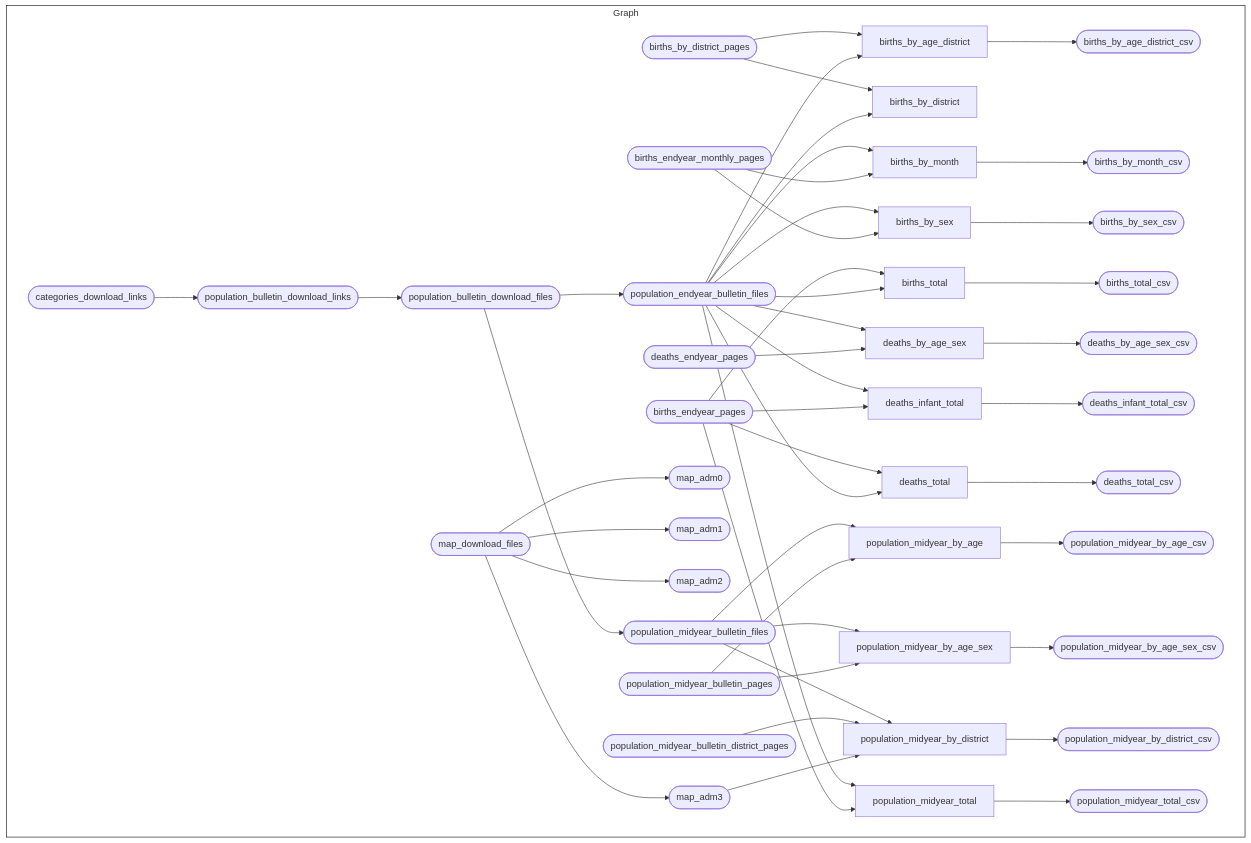
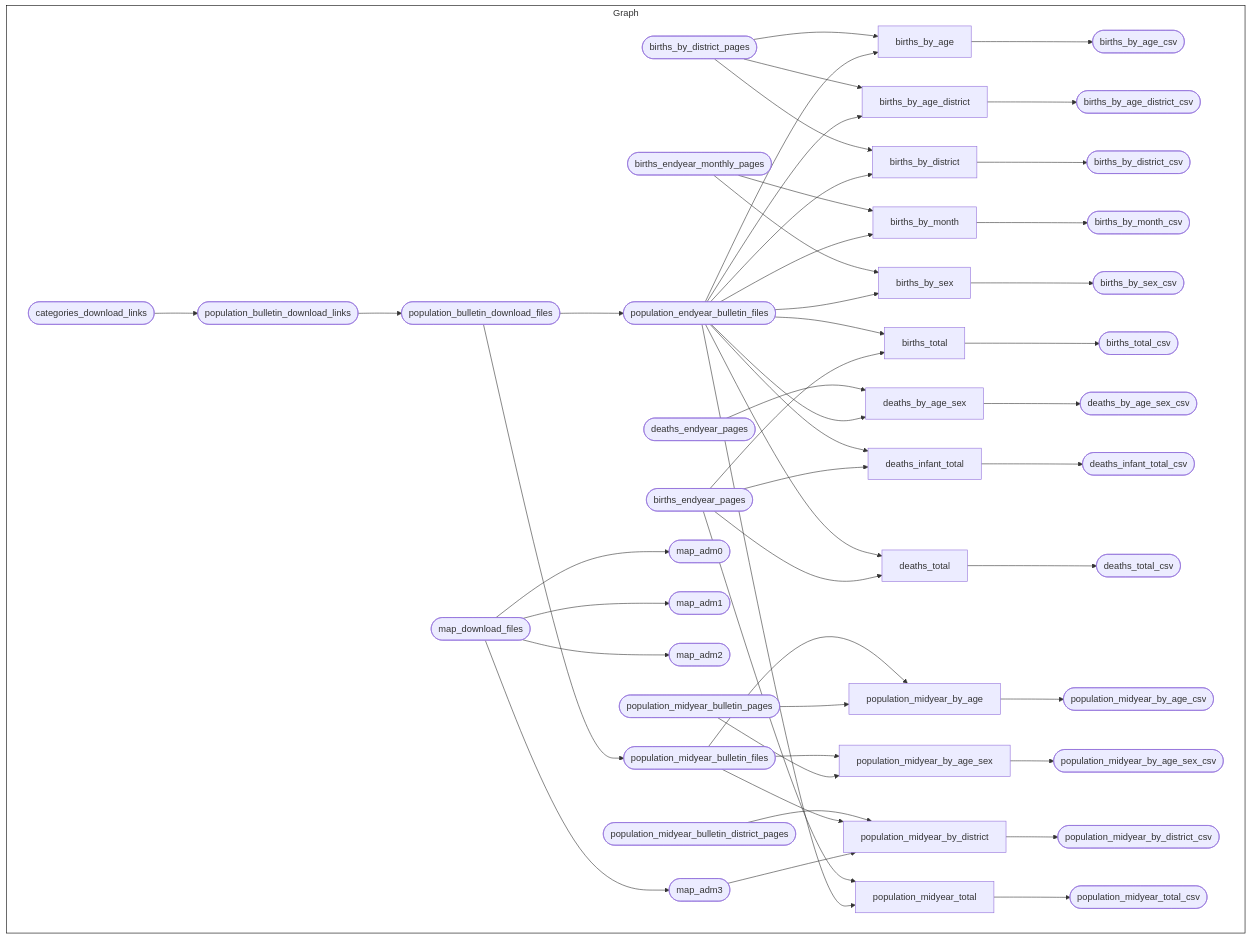
Before and after one commit to OxfordIHTM/seychelles-statistics: the diagram in README.md, drawn with Mermaid. The commit also changed 4 other files, not shown here.

Commit message:
create targets/outputs for births by age; fix #63

````diff
--- a/README.md
+++ b/README.md
@@ -205,52 +205,56 @@
 ``` mermaid
 graph LR
   style Graph fill:#FFFFFF00,stroke:#000000;
   subgraph Graph
     direction LR
-    x39c53f3806f354bf(["births_by_district_pages"]):::skipped --> x4094d4f6d0f8f35a["births_by_age_district"]:::completed
-    xeea0ec396e5de5da(["population_endyear_bulletin_files"]):::skipped --> x4094d4f6d0f8f35a["births_by_age_district"]:::completed
-    x4094d4f6d0f8f35a["births_by_age_district"]:::completed --> x11faadcda3280dc2(["births_by_age_district_csv"]):::skipped
-    x39c53f3806f354bf(["births_by_district_pages"]):::skipped --> x0c2c53d9eeb365ed["births_by_district"]:::completed
-    xeea0ec396e5de5da(["population_endyear_bulletin_files"]):::skipped --> x0c2c53d9eeb365ed["births_by_district"]:::completed
+    x39c53f3806f354bf(["births_by_district_pages"]):::skipped --> xb5d471b223f71093["births_by_age"]:::skipped
+    xeea0ec396e5de5da(["population_endyear_bulletin_files"]):::skipped --> xb5d471b223f71093["births_by_age"]:::skipped
+    xb5d471b223f71093["births_by_age"]:::skipped --> xbbabd51f8df64492(["births_by_age_csv"]):::completed
+    x39c53f3806f354bf(["births_by_district_pages"]):::skipped --> x4094d4f6d0f8f35a["births_by_age_district"]:::skipped
+    xeea0ec396e5de5da(["population_endyear_bulletin_files"]):::skipped --> x4094d4f6d0f8f35a["births_by_age_district"]:::skipped
+    x4094d4f6d0f8f35a["births_by_age_district"]:::skipped --> x11faadcda3280dc2(["births_by_age_district_csv"]):::skipped
+    x39c53f3806f354bf(["births_by_district_pages"]):::skipped --> x0c2c53d9eeb365ed["births_by_district"]:::skipped
+    xeea0ec396e5de5da(["population_endyear_bulletin_files"]):::skipped --> x0c2c53d9eeb365ed["births_by_district"]:::skipped
+    x0c2c53d9eeb365ed["births_by_district"]:::skipped --> x45f5b18e27a4d0fe(["births_by_district_csv"]):::completed
+    x5c7646da106bc2f6(["births_endyear_monthly_pages"]):::skipped --> x2c584c9caafc1be8["births_by_month"]:::skipped
     xeea0ec396e5de5da(["population_endyear_bulletin_files"]):::skipped --> x2c584c9caafc1be8["births_by_month"]:::skipped
-    x5c7646da106bc2f6(["births_endyear_monthly_pages"]):::skipped --> x2c584c9caafc1be8["births_by_month"]:::skipped
     x2c584c9caafc1be8["births_by_month"]:::skipped --> xa87bb9563f27e00c(["births_by_month_csv"]):::skipped
+    x5c7646da106bc2f6(["births_endyear_monthly_pages"]):::skipped --> x1e485a7f2384826f["births_by_sex"]:::skipped
     xeea0ec396e5de5da(["population_endyear_bulletin_files"]):::skipped --> x1e485a7f2384826f["births_by_sex"]:::skipped
-    x5c7646da106bc2f6(["births_endyear_monthly_pages"]):::skipped --> x1e485a7f2384826f["births_by_sex"]:::skipped
     x1e485a7f2384826f["births_by_sex"]:::skipped --> xa6b75ce42a7aa79e(["births_by_sex_csv"]):::skipped
+    xeea0ec396e5de5da(["population_endyear_bulletin_files"]):::skipped --> x2f4500c2756065a9["births_total"]:::skipped
     xe648a7801cd2da2c(["births_endyear_pages"]):::skipped --> x2f4500c2756065a9["births_total"]:::skipped
-    xeea0ec396e5de5da(["population_endyear_bulletin_files"]):::skipped --> x2f4500c2756065a9["births_total"]:::skipped
     x2f4500c2756065a9["births_total"]:::skipped --> xd95928afea598d8e(["births_total_csv"]):::skipped
+    x344a2780ffaeb7bd(["deaths_endyear_pages"]):::skipped --> xae333981c466810a["deaths_by_age_sex"]:::skipped
     xeea0ec396e5de5da(["population_endyear_bulletin_files"]):::skipped --> xae333981c466810a["deaths_by_age_sex"]:::skipped
-    x344a2780ffaeb7bd(["deaths_endyear_pages"]):::skipped --> xae333981c466810a["deaths_by_age_sex"]:::skipped
     xae333981c466810a["deaths_by_age_sex"]:::skipped --> xaf8165dda7ea936b(["deaths_by_age_sex_csv"]):::skipped
     xeea0ec396e5de5da(["population_endyear_bulletin_files"]):::skipped --> x1d5c00f1e4e41ab7["deaths_infant_total"]:::skipped
     xe648a7801cd2da2c(["births_endyear_pages"]):::skipped --> x1d5c00f1e4e41ab7["deaths_infant_total"]:::skipped
     x1d5c00f1e4e41ab7["deaths_infant_total"]:::skipped --> x548dbfa0844427dc(["deaths_infant_total_csv"]):::skipped
+    xeea0ec396e5de5da(["population_endyear_bulletin_files"]):::skipped --> xfd0ff0d9529d4bbd["deaths_total"]:::skipped
     xe648a7801cd2da2c(["births_endyear_pages"]):::skipped --> xfd0ff0d9529d4bbd["deaths_total"]:::skipped
-    xeea0ec396e5de5da(["population_endyear_bulletin_files"]):::skipped --> xfd0ff0d9529d4bbd["deaths_total"]:::skipped
     xfd0ff0d9529d4bbd["deaths_total"]:::skipped --> xe42488d3267f69ff(["deaths_total_csv"]):::skipped
     x8e509dc7997a12f8(["map_download_files"]):::skipped --> x4851b2941f7c62fc(["map_adm0"]):::skipped
     x8e509dc7997a12f8(["map_download_files"]):::skipped --> xccb26dd891c9a035(["map_adm1"]):::skipped
     x8e509dc7997a12f8(["map_download_files"]):::skipped --> x30d02f8bff8e7f8d(["map_adm2"]):::skipped
     x8e509dc7997a12f8(["map_download_files"]):::skipped --> x7b26bed1fc581742(["map_adm3"]):::skipped
     x90a781ac8daf46c6(["population_bulletin_download_links"]):::skipped --> x303dcb35f327bc97(["population_bulletin_download_files"]):::skipped
     xa7b0e3bf1c25b597(["categories_download_links"]):::skipped --> x90a781ac8daf46c6(["population_bulletin_download_links"]):::skipped
     x303dcb35f327bc97(["population_bulletin_download_files"]):::skipped --> xeea0ec396e5de5da(["population_endyear_bulletin_files"]):::skipped
     x303dcb35f327bc97(["population_bulletin_download_files"]):::skipped --> x52e965cb7c1cd1fc(["population_midyear_bulletin_files"]):::skipped
     x52e965cb7c1cd1fc(["population_midyear_bulletin_files"]):::skipped --> x946771421caaa150["population_midyear_by_age"]:::skipped
     xefa1a60843915f9f(["population_midyear_bulletin_pages"]):::skipped --> x946771421caaa150["population_midyear_by_age"]:::skipped
     x946771421caaa150["population_midyear_by_age"]:::skipped --> xa1686cc888963231(["population_midyear_by_age_csv"]):::skipped
     x52e965cb7c1cd1fc(["population_midyear_bulletin_files"]):::skipped --> x426614807f974316["population_midyear_by_age_sex"]:::skipped
     xefa1a60843915f9f(["population_midyear_bulletin_pages"]):::skipped --> x426614807f974316["population_midyear_by_age_sex"]:::skipped
     x426614807f974316["population_midyear_by_age_sex"]:::skipped --> xf3039e66b37a1219(["population_midyear_by_age_sex_csv"]):::skipped
+    x9f6b6d2ed74a37b4(["population_midyear_bulletin_district_pages"]):::skipped --> xd0c8e8b884ab8581["population_midyear_by_district"]:::skipped
     x52e965cb7c1cd1fc(["population_midyear_bulletin_files"]):::skipped --> xd0c8e8b884ab8581["population_midyear_by_district"]:::skipped
-    x9f6b6d2ed74a37b4(["population_midyear_bulletin_district_pages"]):::skipped --> xd0c8e8b884ab8581["population_midyear_by_district"]:::skipped
     x7b26bed1fc581742(["map_adm3"]):::skipped --> xd0c8e8b884ab8581["population_midyear_by_district"]:::skipped
     xd0c8e8b884ab8581["population_midyear_by_district"]:::skipped --> xf94a6bce4cea6c14(["population_midyear_by_district_csv"]):::skipped
+    xe648a7801cd2da2c(["births_endyear_pages"]):::skipped --> x52d6a6119be69714["population_midyear_total"]:::skipped
     xeea0ec396e5de5da(["population_endyear_bulletin_files"]):::skipped --> x52d6a6119be69714["population_midyear_total"]:::skipped
-    xe648a7801cd2da2c(["births_endyear_pages"]):::skipped --> x52d6a6119be69714["population_midyear_total"]:::skipped
     x52d6a6119be69714["population_midyear_total"]:::skipped --> x37b834e41770c27f(["population_midyear_total_csv"]):::skipped
     
   end
 ```
````
